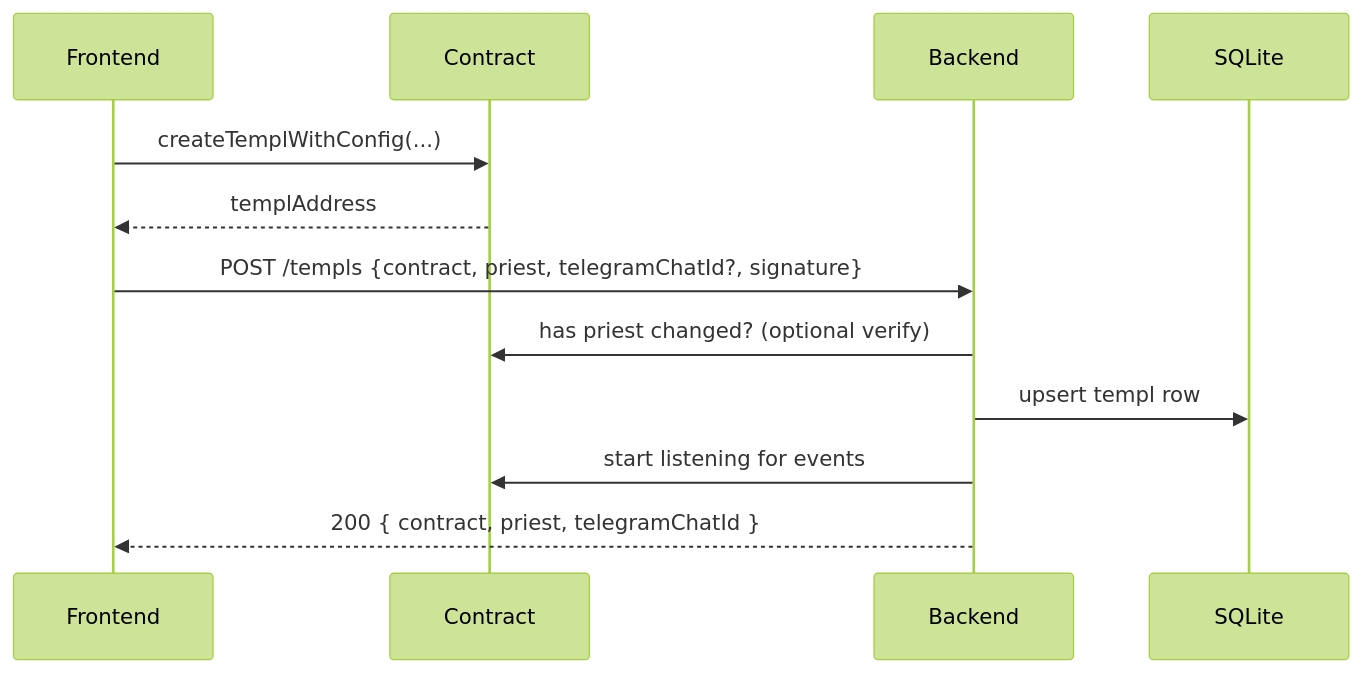
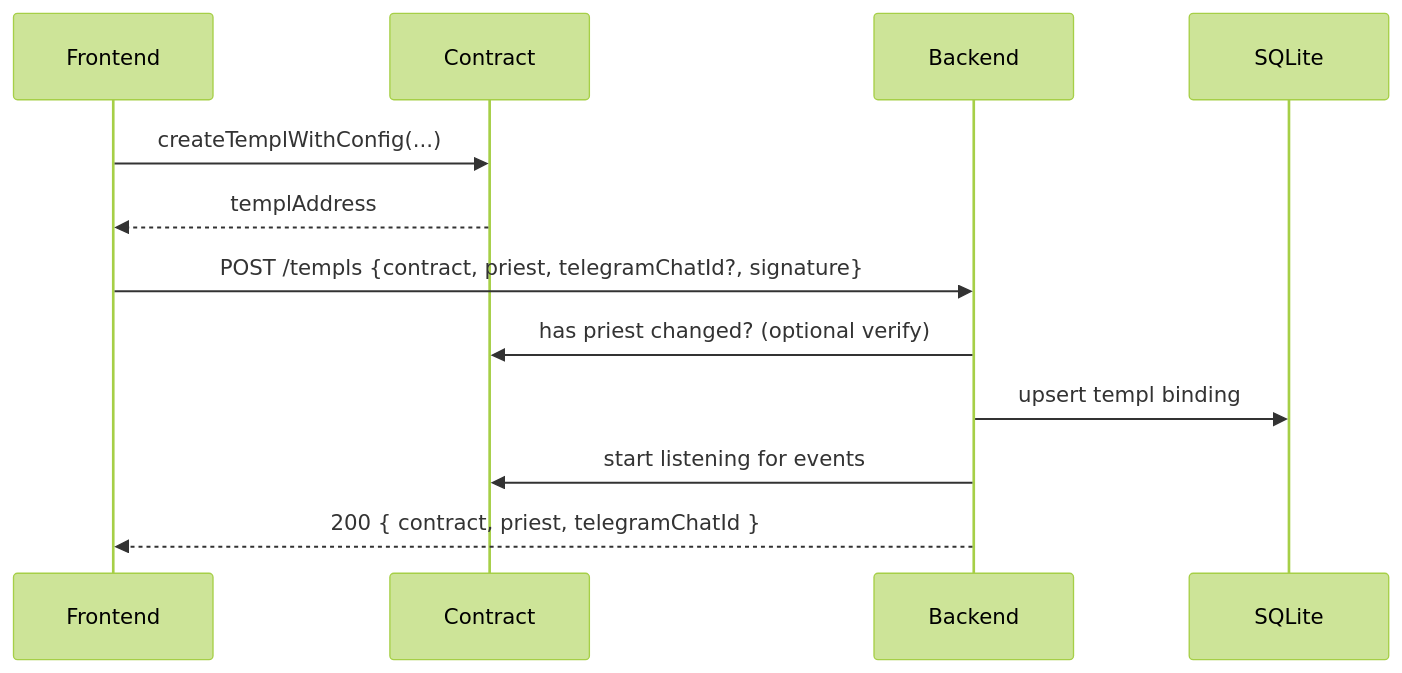
One commit to templ-fun/templ-evm-protocol changed the second of 10 diagrams in docs/CORE_FLOW_DOCS.MD. Above: the diagram before and after it, drawn with Mermaid (forest theme). The commit also changed other lines of this file and 3 other files, not shown here.

````diff
--- a/docs/CORE_FLOW_DOCS.MD
+++ b/docs/CORE_FLOW_DOCS.MD
@@ -27,14 +27,14 @@
 ```mermaid
 sequenceDiagram
     participant F as Frontend
     participant C as Contract
     participant B as Backend
     participant D as SQLite
     F->>C: createTemplWithConfig(...)
     C-->>F: templAddress
     F->>B: POST /templs {contract, priest, telegramChatId?, signature}
     B->>C: has priest changed? (optional verify)
-    B->>D: upsert templ row
+    B->>D: upsert templ binding
     B->>C: start listening for events
     B-->>F: 200 { contract, priest, telegramChatId }
 ```
````
